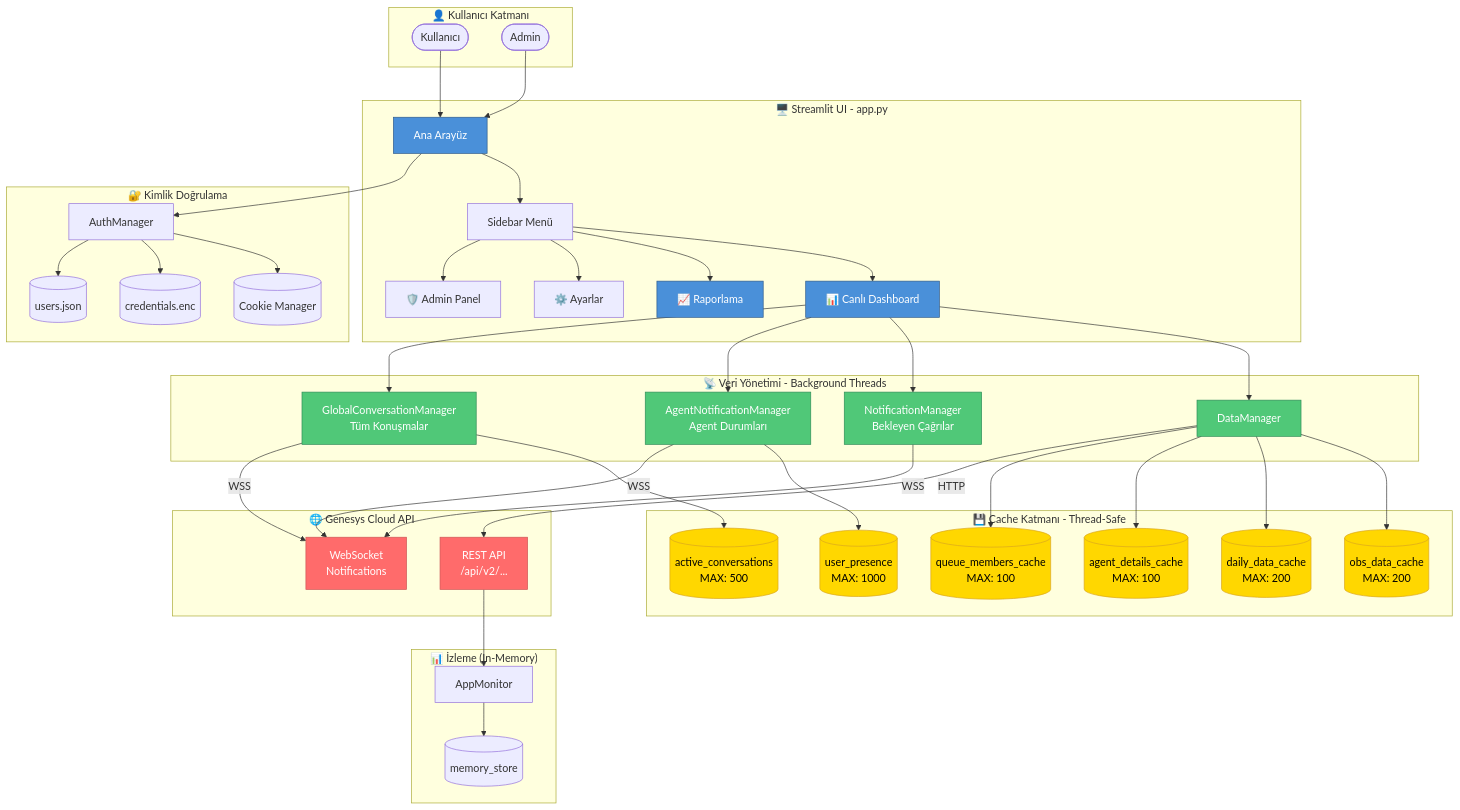
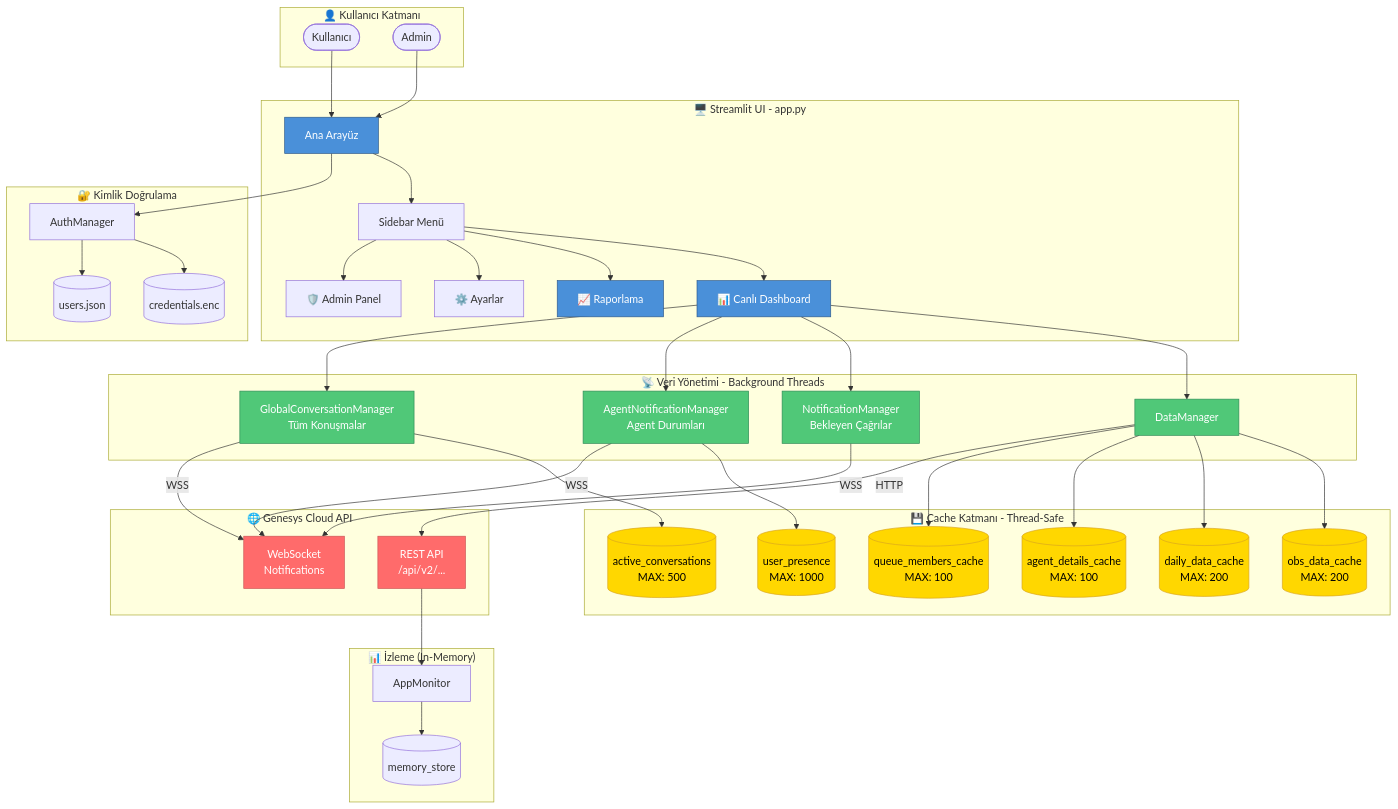
The first of 2 diagrams in README.md (fatihbiyiklio/Geneys-Cloud-Reporting-API), drawn with Mermaid before and after one commit. The commit also changed other lines of this file and 9 other files, not shown here.

```diff
--- a/README.md
+++ b/README.md
@@ -200,7 +199,6 @@
 
     subgraph "🔐 Kimlik Doğrulama"
         AuthMgr[AuthManager]
-        Cookies[(Cookie Manager)]
         EncCreds[(credentials.enc)]
         Users[(users.json)]
     end
@@ -242,7 +240,6 @@
 
     %% Kimlik Doğrulama
     UI --> AuthMgr
-    AuthMgr --> Cookies
     AuthMgr --> EncCreds
     AuthMgr --> Users
 
```
